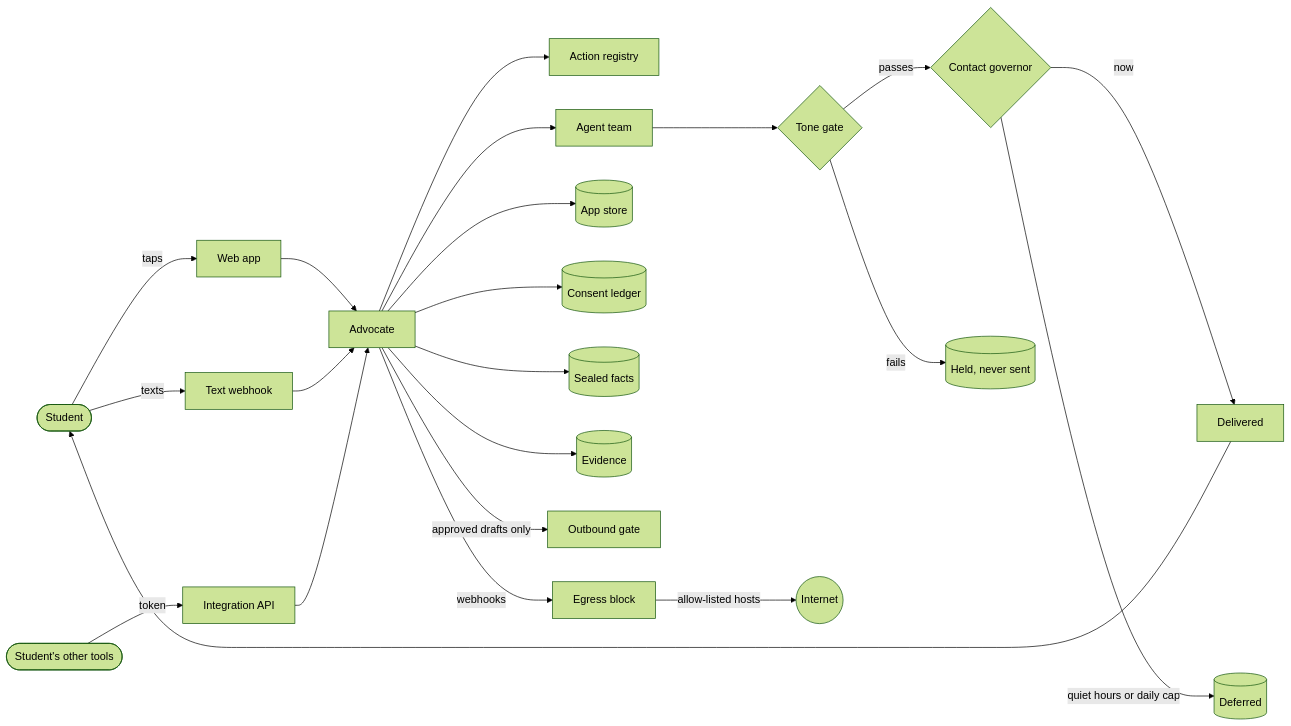
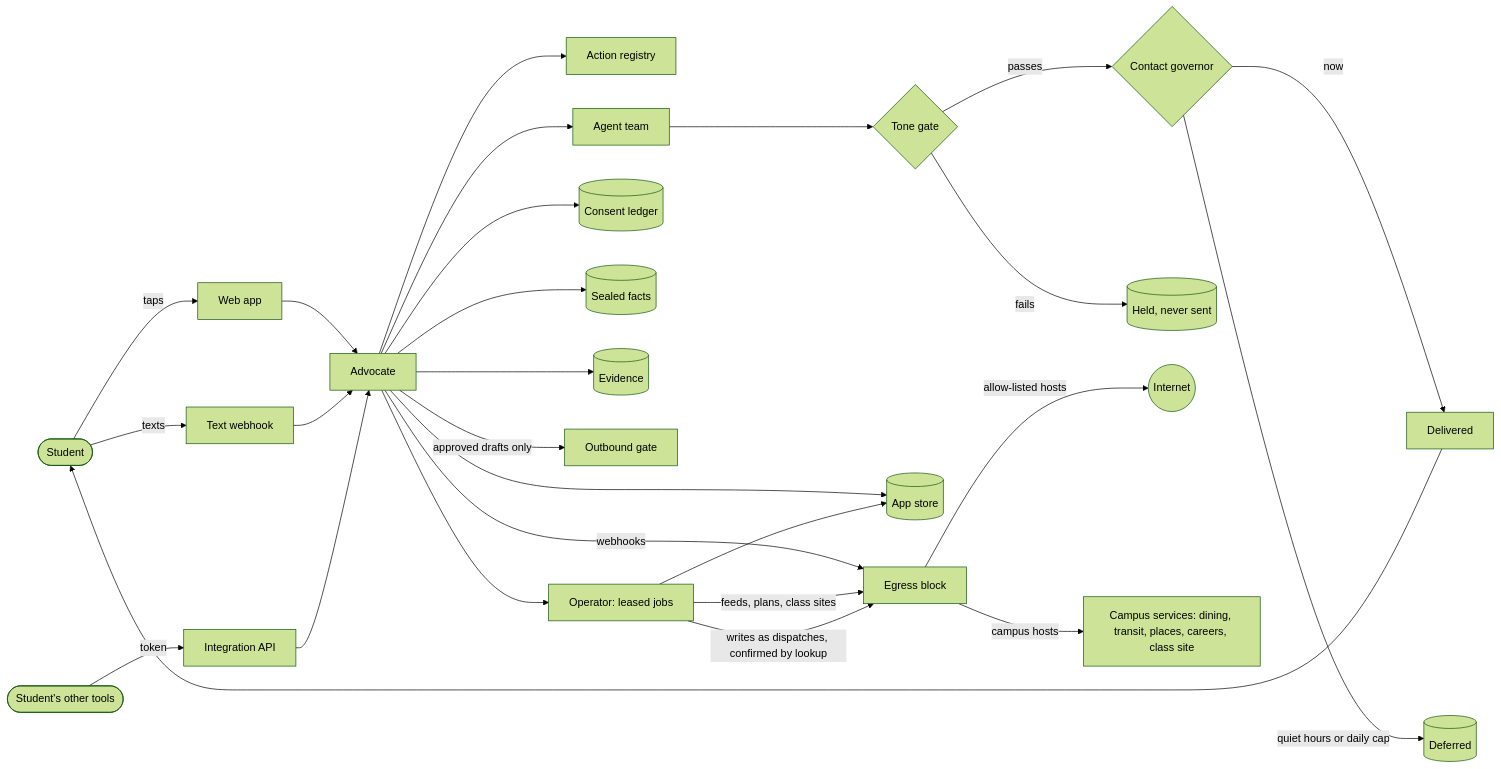
Before and after one commit to russlittle/ZTHR: the first of 4 diagrams in docs/architecture.md, drawn with Mermaid (forest theme). The commit also changed other lines of this file and 4 other files, not shown here.

First line of the commit message:
Walks yield to the event loop inside tests; architecture shows the operator and campus services

````diff
--- a/docs/architecture.md
+++ b/docs/architecture.md
@@ -10,22 +10,27 @@
 ```mermaid
 flowchart LR
   student([Student]) -- taps --> web[Web app]
   student -- texts --> sms[Text webhook]
   tools([Student's other tools]) -- token --> api[Integration API]
   web & sms & api --> adv[Advocate]
   adv --> registry[Action registry]
   adv --> agents[Agent team]
   agents --> gate{Tone gate}
   gate -- passes --> gov{Contact governor}
   gate -- fails --> held[(Held, never sent)]
   gov -- now --> deliver[Delivered]
   gov -- quiet hours or daily cap --> deferred[(Deferred)]
   deliver --> student
   adv --> store[(App store)]
   adv --> ledger[(Consent ledger)]
   adv --> sealed[(Sealed facts)]
   adv --> evidence[(Evidence)]
   adv -- approved drafts only --> outbound[Outbound gate]
   adv -- webhooks --> egress[Egress block]
   egress -- allow-listed hosts --> internet((Internet))
+  op[Operator: leased jobs] -- feeds, plans, class sites --> egress
+  egress -- campus hosts --> campus[Campus services: dining, transit, places, careers, class site]
+  op -- writes as dispatches, confirmed by lookup --> egress
+  op --> store
+  adv --> op
 ```
````
